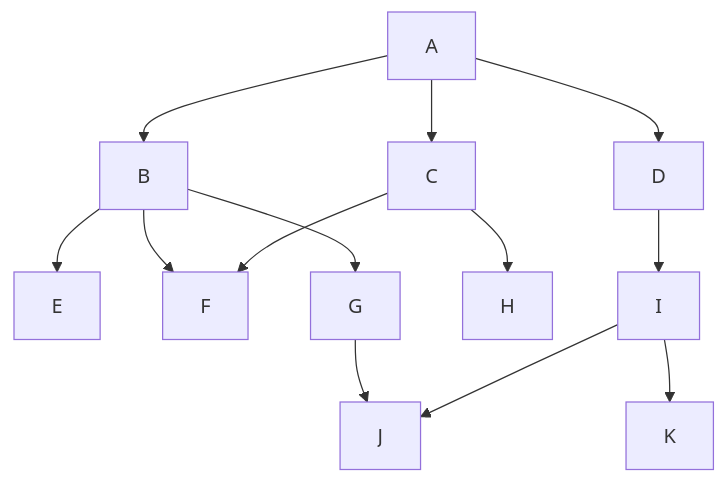
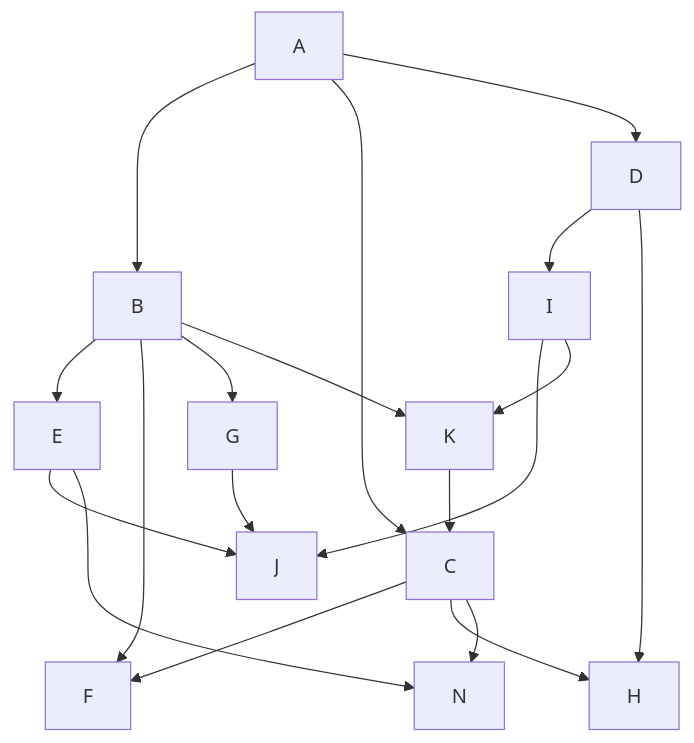
The first of 2 diagrams in docs/zh_CN/2.类型系统/2.4.可重复组件.md (EB-wilson/EnComping), drawn with Mermaid before and after one commit. The commit also changed 10 other files, not shown here.

````diff
--- a/docs/zh_CN/2.类型系统/2.4.可重复组件.md
+++ b/docs/zh_CN/2.类型系统/2.4.可重复组件.md
@@ -40,15 +40,21 @@
 ```mermaid
 graph TD;
     A-->B;
     A-->C;
     A-->D;
     B-->E;
     B-->F;
     B-->G;
     C-->F;
     C-->H;
     D-->I;
     G-->J;
     I-->J;
     I-->K;
+    B-->K;
+    K-->C;
+    E-->J;
+    D-->H;
+    C-->N;
+    E-->N
 ```
````
